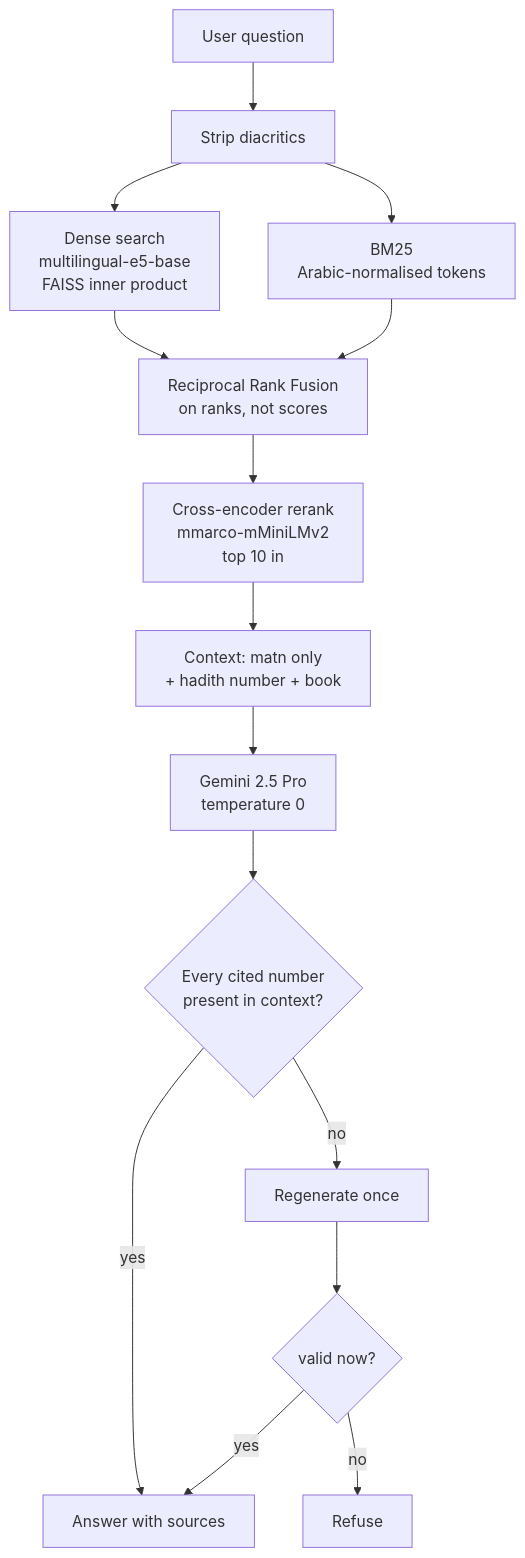
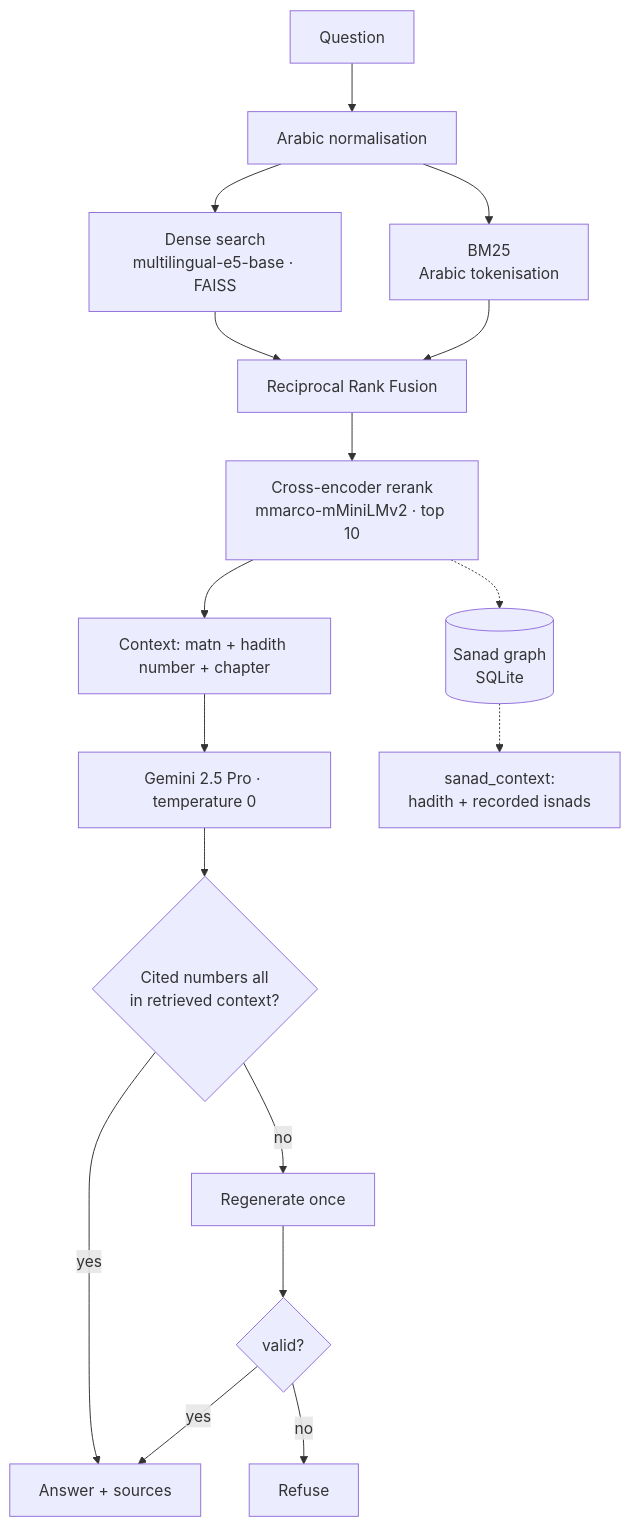
The diagram in README.md (asmaasamyhagag22-design/Hadith-Agentic-GraphRAG), drawn with Mermaid before and after one commit. The commit also changed other lines of this file, not shown here.

````diff
--- a/README.md
+++ b/README.md
@@ -26,22 +26,23 @@
 ```mermaid
 flowchart TD
-    Q[User question] --> N[Strip diacritics]
+    Q[Question] --> N[Arabic normalisation]
 
-    N --> D[Dense search<br/>multilingual-e5-base<br/>FAISS inner product]
-    N --> B[BM25<br/>Arabic-normalised tokens]
+    N --> D[Dense search<br/>multilingual-e5-base · FAISS]
+    N --> B[BM25<br/>Arabic tokenisation]
 
-    D --> F[Reciprocal Rank Fusion<br/>on ranks, not scores]
+    D --> F[Reciprocal Rank Fusion]
     B --> F
 
-    F --> RR[Cross-encoder rerank<br/>mmarco-mMiniLMv2<br/>top 10 in]
+    F --> RR[Cross-encoder rerank<br/>mmarco-mMiniLMv2 · top 10]
+    RR --> C[Context: matn + hadith number + chapter]
+    C --> G[Gemini 2.5 Pro · temperature 0]
 
-    RR --> C[Context: matn only<br/>+ hadith number + book]
-    C --> G[Gemini 2.5 Pro<br/>temperature 0]
-
-    G --> V{Every cited number<br/>present in context?}
-    V -- yes --> A[Answer with sources]
-    V -- no --> R2[Regenerate once]
-    R2 --> V2{valid now?}
+    G --> V{Cited numbers all<br/>in retrieved context?}
+    V -- yes --> A[Answer + sources]
+    V -- no --> R2[Regenerate once] --> V2{valid?}
     V2 -- yes --> A
     V2 -- no --> X[Refuse]
+
+    RR -.-> S[(Sanad graph<br/>SQLite)]
+    S -.-> SC[sanad_context:<br/>hadith + recorded isnads]
 ```
````
